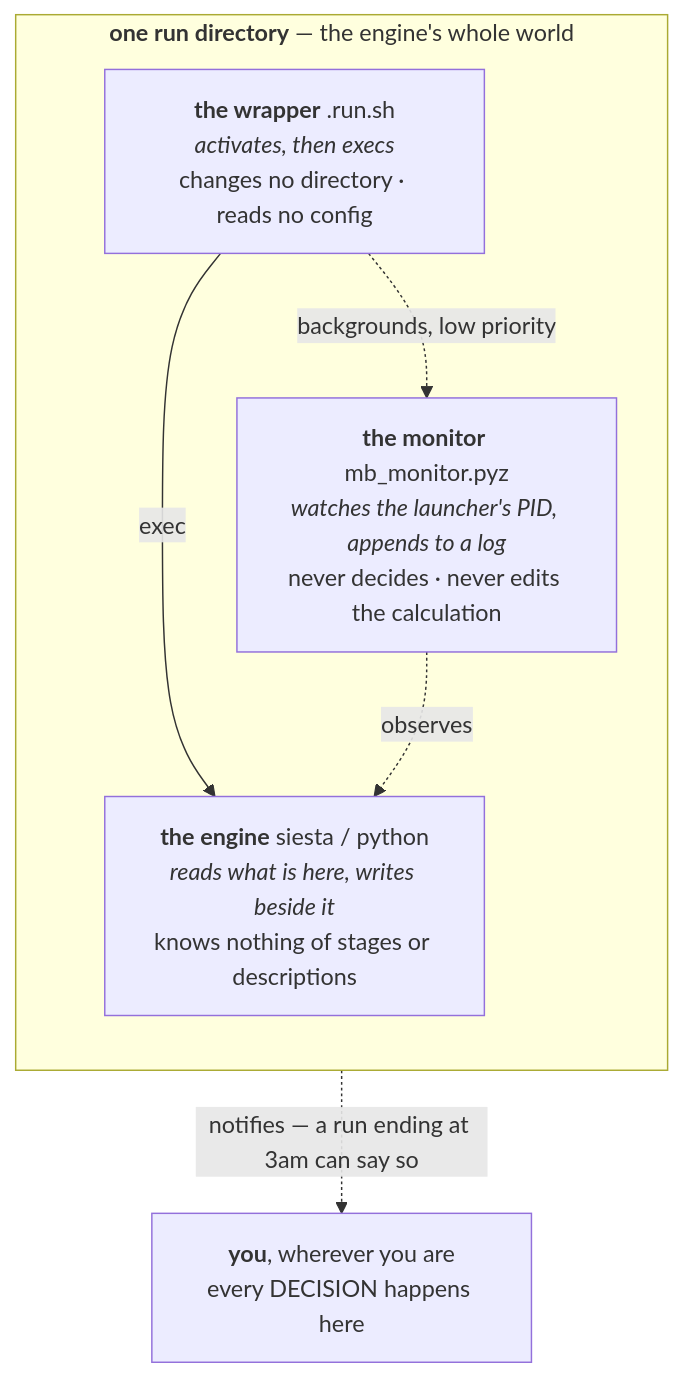
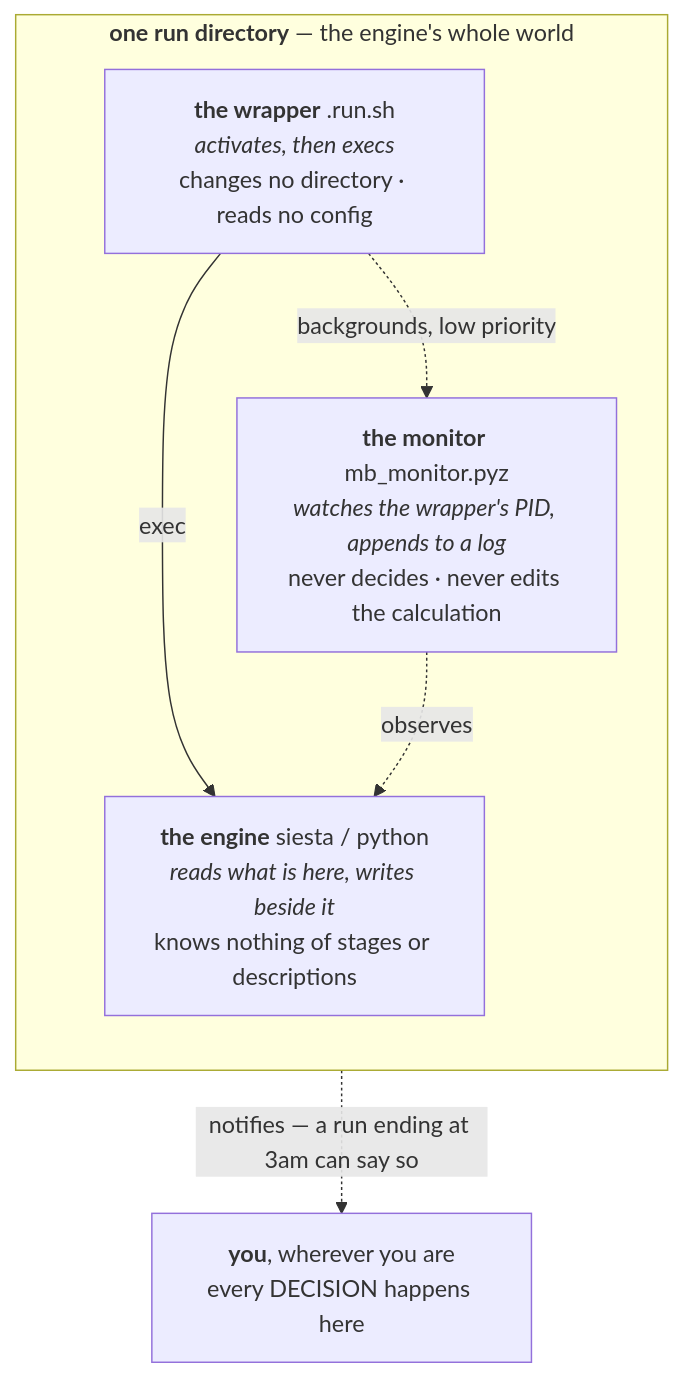
The first of 3 diagrams in docs/execution/job-contracts.md (Qing-LAB/molbuilder), drawn with Mermaid before and after one commit. The commit also changed other lines of this file and 16 other files, not shown here.

````diff
--- a/docs/execution/job-contracts.md
+++ b/docs/execution/job-contracts.md
@@ -249,14 +244,14 @@
 ```mermaid
 flowchart TB
     subgraph DIR["<b>one run directory</b> — the engine's whole world"]
       direction TB
       W["<b>the wrapper</b> .run.sh<br/><i>activates, then execs</i><br/>changes no directory · reads no config"]
       E["<b>the engine</b> siesta / python<br/><i>reads what is here, writes beside it</i><br/>knows nothing of stages or descriptions"]
-      M["<b>the monitor</b> mb_monitor.pyz<br/><i>watches the launcher's PID, appends to a log</i><br/>never decides · never edits the calculation"]
+      M["<b>the monitor</b> mb_monitor.pyz<br/><i>watches the wrapper's PID, appends to a log</i><br/>never decides · never edits the calculation"]
       W -->|"exec"| E
       W -.->|"backgrounds, low priority"| M
       M -.->|"observes"| E
     end
     U["<b>you</b>, wherever you are<br/>every DECISION happens here"]
     M -.->|"notifies — a run ending at 3am can say so"| U
 ```
````
